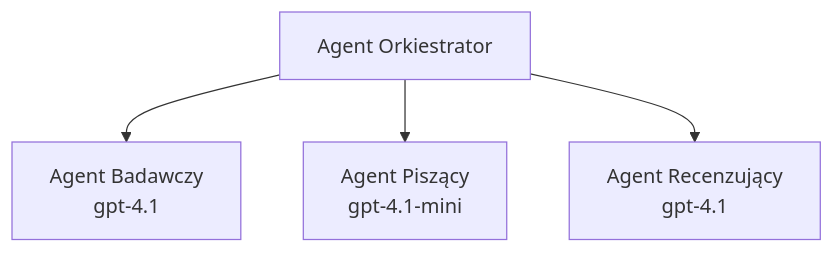
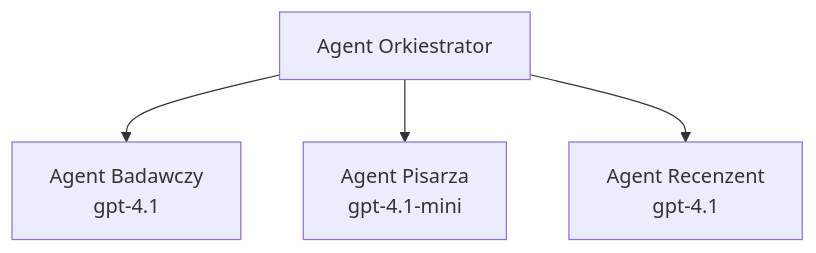
The third of 3 diagrams in translations/pl/docs/chapter-02-ai-development/agents.md (microsoft/AZD-for-beginners), drawn with Mermaid before and after one commit. The commit also changed other lines of this file and 61 other files, not shown here.

````diff
--- a/translations/pl/docs/chapter-02-ai-development/agents.md
+++ b/translations/pl/docs/chapter-02-ai-development/agents.md
@@ -201,6 +201,6 @@
 ```mermaid
 graph TD
     Orchestrator[Agent Orkiestrator] --> Research[Agent Badawczy<br/>gpt-4.1]
-    Orchestrator --> Writer[Agent Piszący<br/>gpt-4.1-mini]
-    Orchestrator --> Reviewer[Agent Recenzujący<br/>gpt-4.1]
+    Orchestrator --> Writer[Agent Pisarza<br/>gpt-4.1-mini]
+    Orchestrator --> Reviewer[Agent Recenzent<br/>gpt-4.1]
 ```
````
